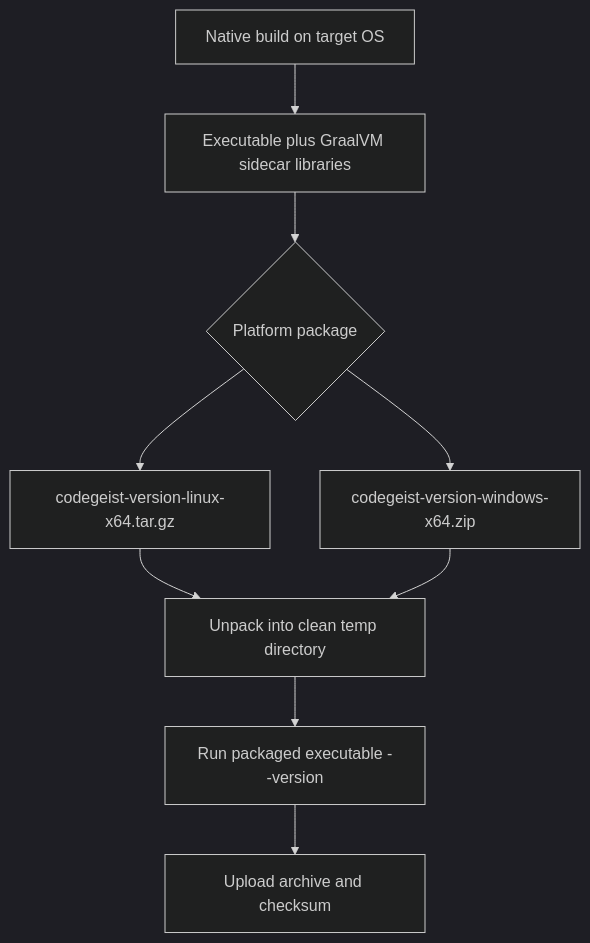
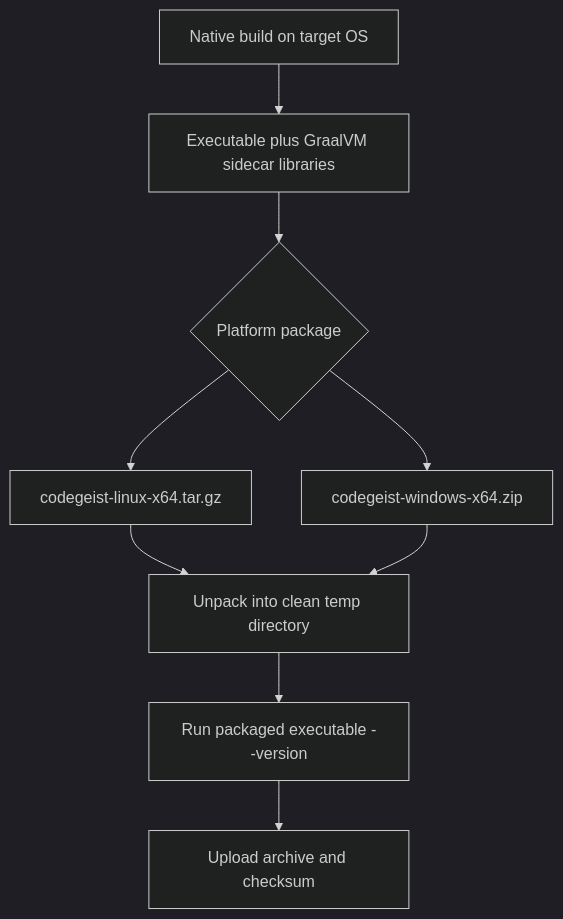
The first of 2 diagrams in docs/developer/release/native-distribution-packaging.md (codegeist-ai/codegeist), drawn with Mermaid (dark theme) before and after one commit. The commit also changed other lines of this file and 16 other files, not shown here.

````diff
--- a/docs/developer/release/native-distribution-packaging.md
+++ b/docs/developer/release/native-distribution-packaging.md
@@ -80,20 +80,20 @@
 ```mermaid
 flowchart TD
     Build[Native build on target OS]
     Output[Executable plus GraalVM sidecar libraries]
     Package{Platform package}
-    Linux[codegeist-version-linux-x64.tar.gz]
-    Windows[codegeist-version-windows-x64.zip]
+    Linux[codegeist-linux-x64.tar.gz]
+    Windows[codegeist-windows-x64.zip]
     Smoke[Unpack into clean temp directory]
     Run[Run packaged executable --version]
     Release[Upload archive and checksum]
 
     Build --> Output
     Output --> Package
     Package --> Linux
     Package --> Windows
     Linux --> Smoke
     Windows --> Smoke
     Smoke --> Run
     Run --> Release
 ```
````
